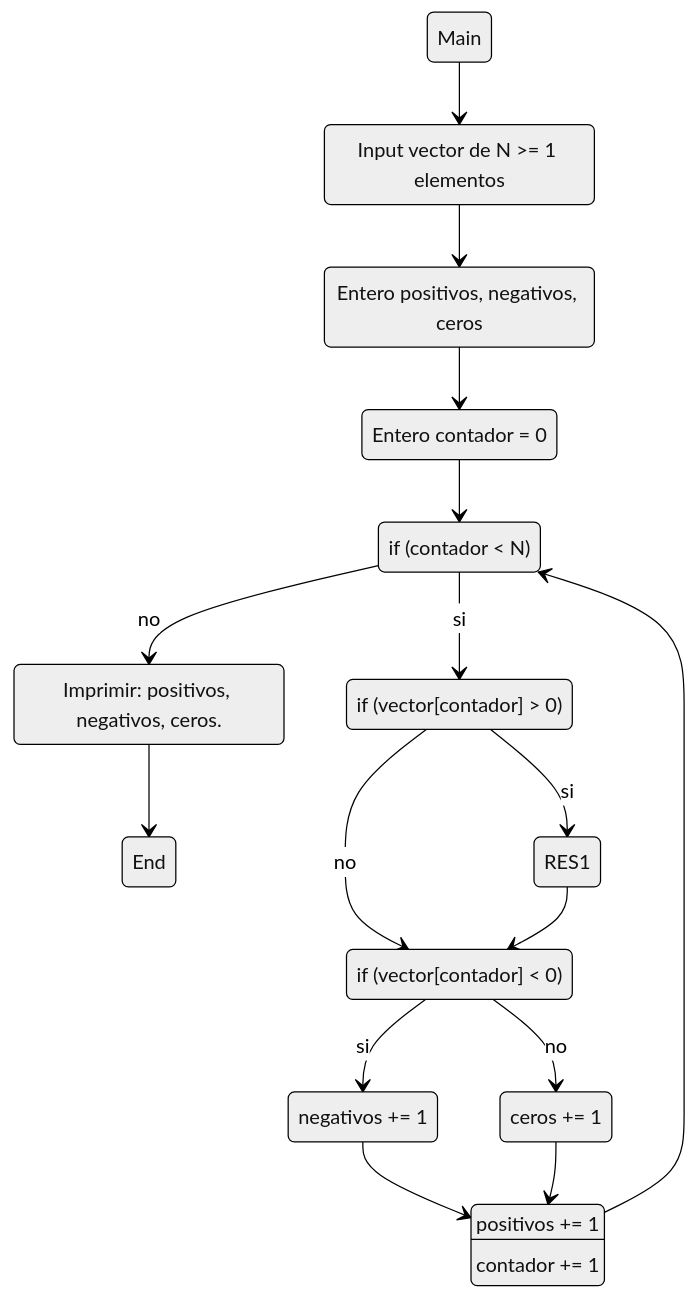
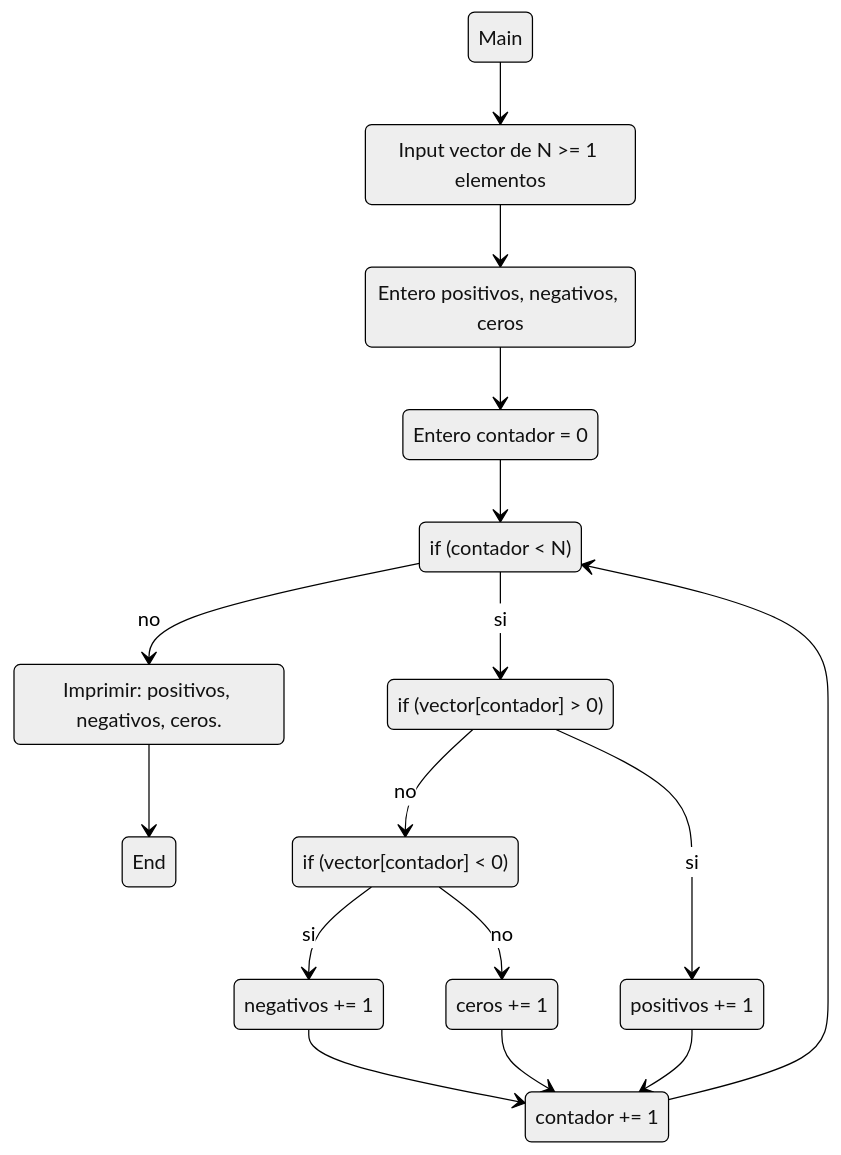
Before and after one commit to ValentinJM/TP-8: the diagram in Ejercicios TP8 bis/1.md, drawn with Mermaid (neutral theme).

Commit message:
Corrección

````diff
--- a/Ejercicios TP8 bis/1.md
+++ b/Ejercicios TP8 bis/1.md
@@ -3,33 +3,33 @@
 ```mermaid
 stateDiagram-v2
 state "Input vector de N >= 1 elementos" as IN1
 state "Entero positivos, negativos, ceros" as DEC1
 state "Entero contador = 0" as DEF1
 state "if (contador < N)" as COND1
 state "if (vector[contador] > 0)" as COND2
 state "if (vector[contador] < 0)" as COND3
-state "positivos += 1" as RES4
+state "positivos += 1" as RES1
 state "negativos += 1" as RES2
 state "ceros += 1" as RES3
 state "contador += 1" as RES4
 state "Imprimir: positivos, negativos, ceros." as OUT1
     Main --> IN1
     IN1 --> DEC1
     DEC1 --> DEF1
     DEF1 --> COND1
     COND1 --> OUT1 : no
     COND1 --> COND2 : si
     COND2 --> COND3 : no
     COND2 --> RES1 : si
-    RES1 --> COND3
+    RES1 --> RES4
     COND3 --> RES2 : si
     COND3 --> RES3 : no
     RES2 --> RES4
     RES3 --> RES4
     
     RES4 --> COND1
     OUT1 --> End
     
     
     
 ```
````
